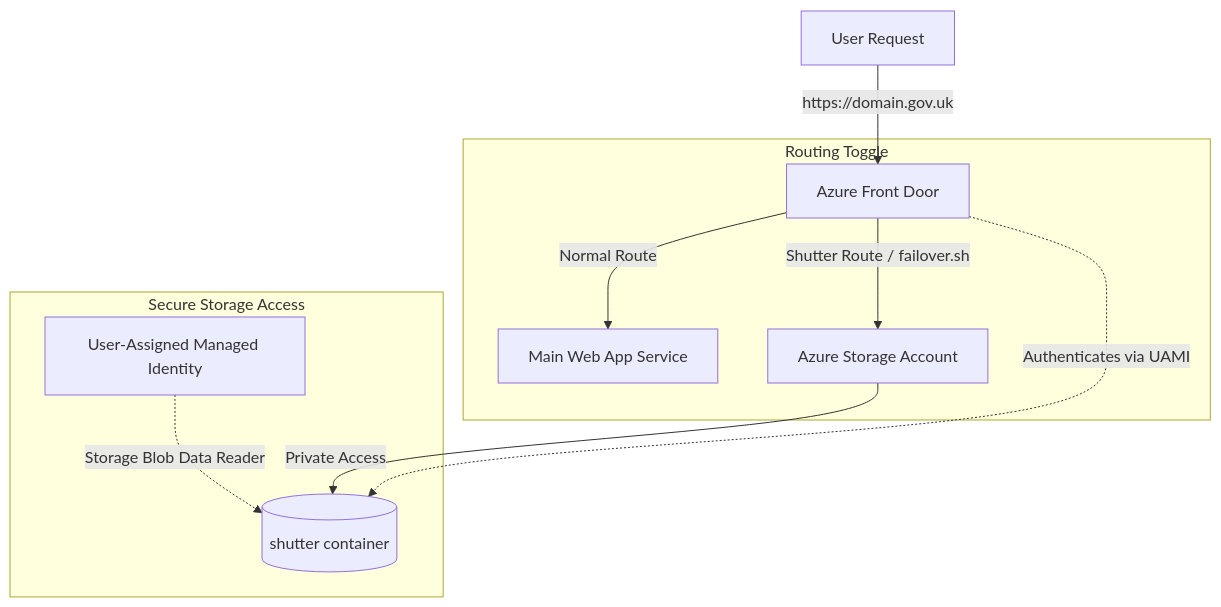
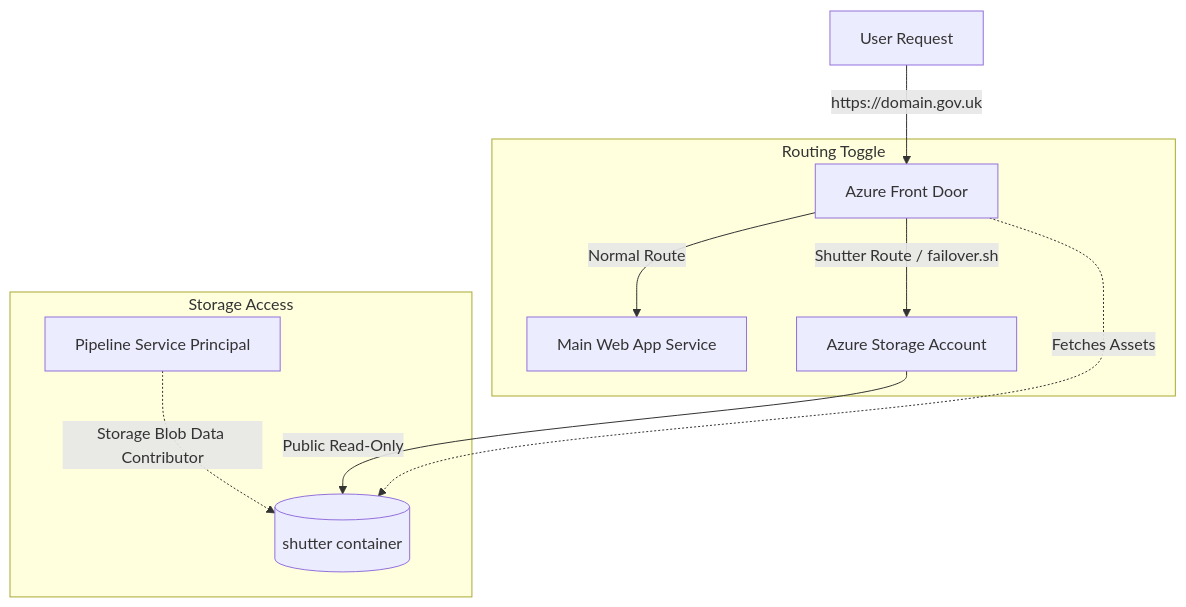
The diagram in docs/content/explanation/shutter-service.md (DFE-Digital/accessing-childcare-entitlement-checker), drawn with Mermaid before and after one commit. The commit also changed other lines of this file and 7 other files, not shown here.

Commit message:
fix(shutter): resolve terraform validate compilation errors and simplify design with public-read container

````diff
--- a/docs/content/explanation/shutter-service.md
+++ b/docs/content/explanation/shutter-service.md
@@ -40,15 +40,15 @@
 ```mermaid
 graph TD
     User[User Request] -->|https://domain.gov.uk| AFD[Azure Front Door]
     
     subgraph Routing Toggle
         AFD -->|Normal Route| WebApp[Main Web App Service]
         AFD -->|Shutter Route / failover.sh| ShutterStorage[Azure Storage Account]
     end
     
-    subgraph Secure Storage Access
-        ShutterStorage -->|Private Access| ShutterContainer[(shutter container)]
-        UAMI[User-Assigned Managed Identity] -.->|Storage Blob Data Reader| ShutterContainer
-        AFD -.->|Authenticates via UAMI| ShutterContainer
+    subgraph Storage Access
+        ShutterStorage -->|Public Read-Only| ShutterContainer[(shutter container)]
+        PipelineSP[Pipeline Service Principal] -.->|Storage Blob Data Contributor| ShutterContainer
+        AFD -.->|Fetches Assets| ShutterContainer
     end
 ```
````
